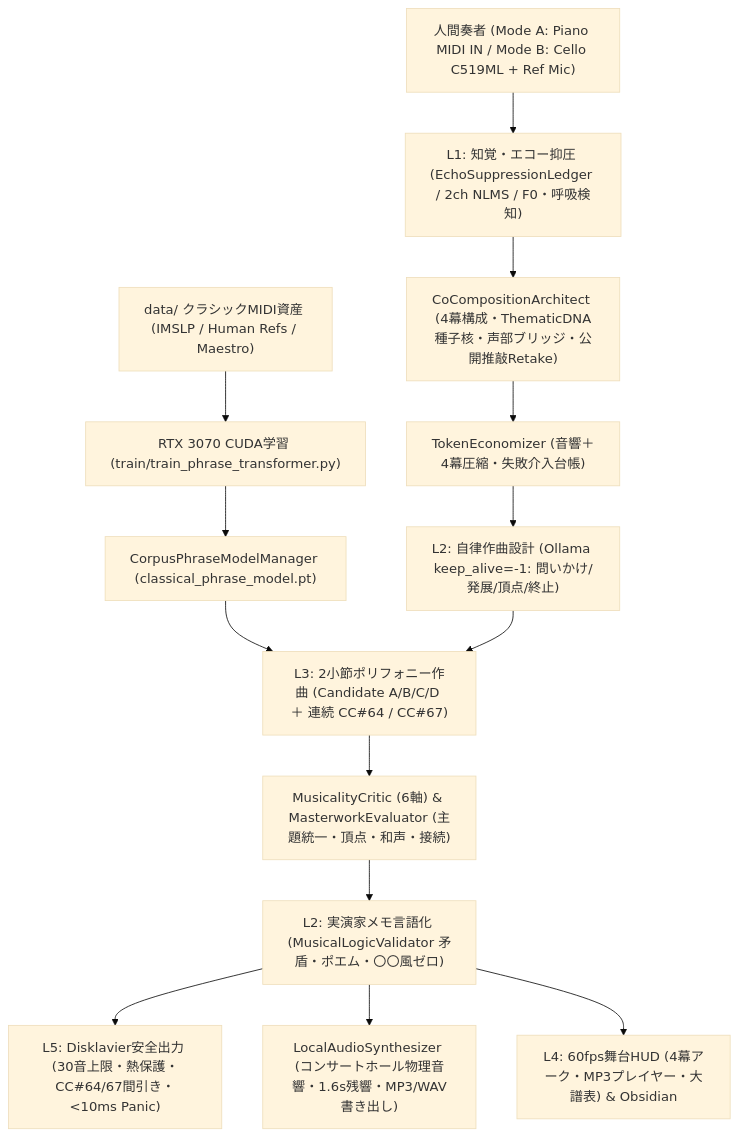
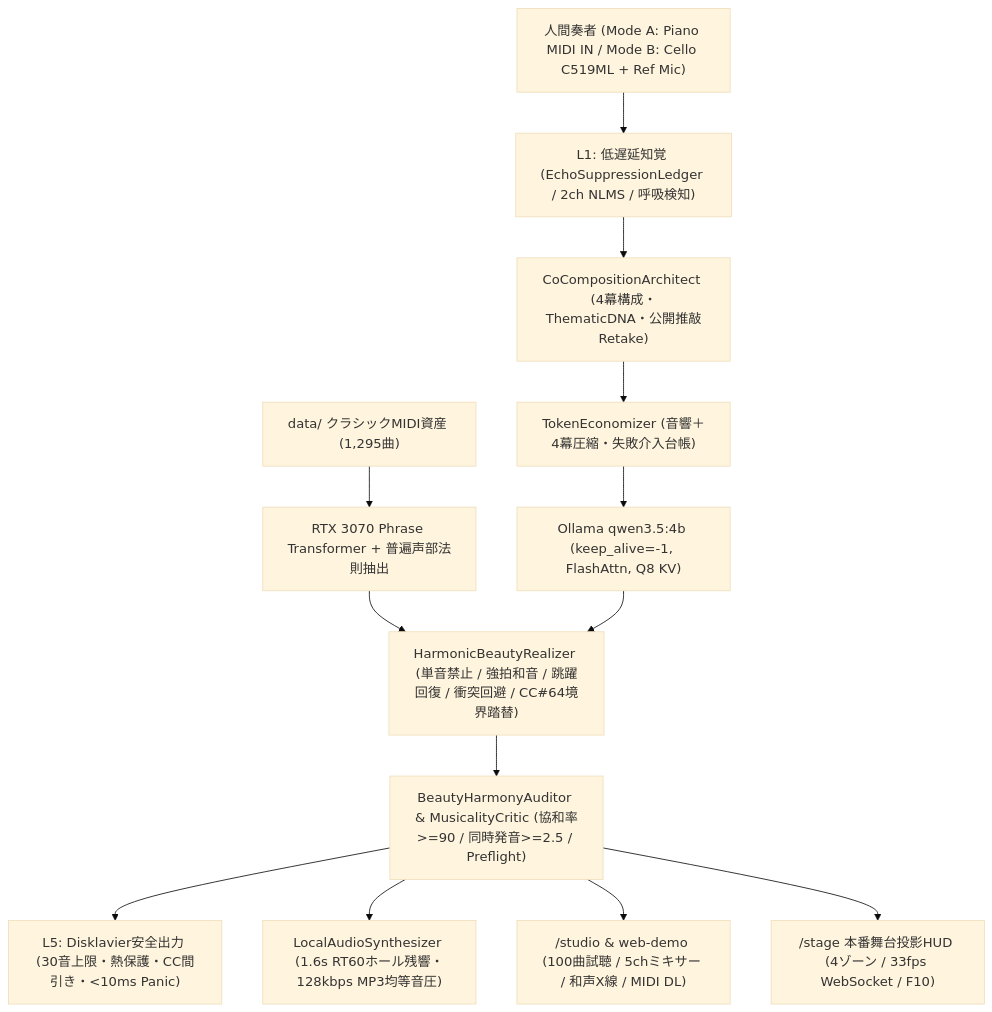
Before and after one commit to AI-Avalon/Disklavier-Auto: the first of 4 diagrams in README.md, drawn with Mermaid (base theme). The commit also changed other lines of this file and 216 other files, not shown here.

Commit message:
Overhaul composition engine, 100-piece library, 2-screen Studio/Stage GUI, GitHub Pages demo, and 3-round Playwright verification

````diff
--- a/README.md
+++ b/README.md
@@ -65,16 +68,15 @@
 ```mermaid
-graph TD
-    Human["人間奏者 (Mode A: Piano MIDI IN / Mode B: Cello C519ML + Ref Mic)"] --> L1["L1: 知覚・エコー抑圧 (EchoSuppressionLedger / 2ch NLMS / F0・呼吸検知)"]
-    L1 --> Arch["CoCompositionArchitect (4幕構成・ThematicDNA種子核・声部ブリッジ・公開推敲Retake)"]
-    Corpus["data/ クラシックMIDI資産 (IMSLP / Human Refs / Maestro)"] --> Train["RTX 3070 CUDA学習 (train/train_phrase_transformer.py)"]
-    Train --> Model["CorpusPhraseModelManager (classical_phrase_model.pt)"]
+flowchart TD
+    Human["人間奏者 (Mode A: Piano MIDI IN / Mode B: Cello C519ML + Ref Mic)"] --> L1["L1: 低遅延知覚 (EchoSuppressionLedger / 2ch NLMS / 呼吸検知)"]
+    L1 --> Arch["CoCompositionArchitect (4幕構成・ThematicDNA・公開推敲Retake)"]
+    Corpus["data/ クラシックMIDI資産 (1,295曲)"] --> Model["RTX 3070 Phrase Transformer + 普遍声部法則抽出"]
     Arch --> Econ["TokenEconomizer (音響＋4幕圧縮・失敗介入台帳)"]
-    Econ --> L2P["L2: 自律作曲設計 (Ollama keep_alive=-1: 問いかけ/発展/頂点/終止)"]
-    Model --> L3["L3: 2小節ポリフォニー作曲 (Candidate A/B/C/D ＋ 連続 CC#64 / CC#67)"]
-    L2P --> L3
-    L3 --> Critic["MusicalityCritic (6軸) & MasterworkEvaluator (主題統一・頂点・和声・接続)"]
-    Critic --> L2M["L2: 実演家メモ言語化 (MusicalLogicValidator 矛盾・ポエム・〇〇風ゼロ)"]
-    L2M --> L5["L5: Disklavier安全出力 (30音上限・熱保護・CC#64/67間引き・<10ms Panic)"]
-    L2M --> Synth["LocalAudioSynthesizer (コンサートホール物理音響・1.6s残響・MP3/WAV書き出し)"]
-    L2M --> L4["L4: 60fps舞台HUD (4幕アーク・MP3プレイヤー・大譜表) & Obsidian"]
+    Econ --> L2["Ollama qwen3.5:4b (keep_alive=-1, FlashAttn, Q8 KV)"]
+    Model --> Realizer["HarmonicBeautyRealizer (単音禁止 / 強拍和音 / 跳躍回復 / 衝突回避 / CC#64境界踏替)"]
+    L2 --> Realizer
+    Realizer --> Auditor["BeautyHarmonyAuditor & MusicalityCritic (協和率>=90 / 同時発音>=2.5 / Preflight)"]
+    Auditor --> L5["L5: Disklavier安全出力 (30音上限・熱保護・CC間引き・<10ms Panic)"]
+    Auditor --> Synth["LocalAudioSynthesizer (1.6s RT60ホール残響・128kbps MP3均等音圧)"]
+    Auditor --> Studio["/studio & web-demo (100曲試聴 / 5chミキサー / 和声X線 / MIDI DL)"]
+    Auditor --> Stage["/stage 本番舞台投影HUD (4ゾーン / 33fps WebSocket / F10)"]
 ```
````
